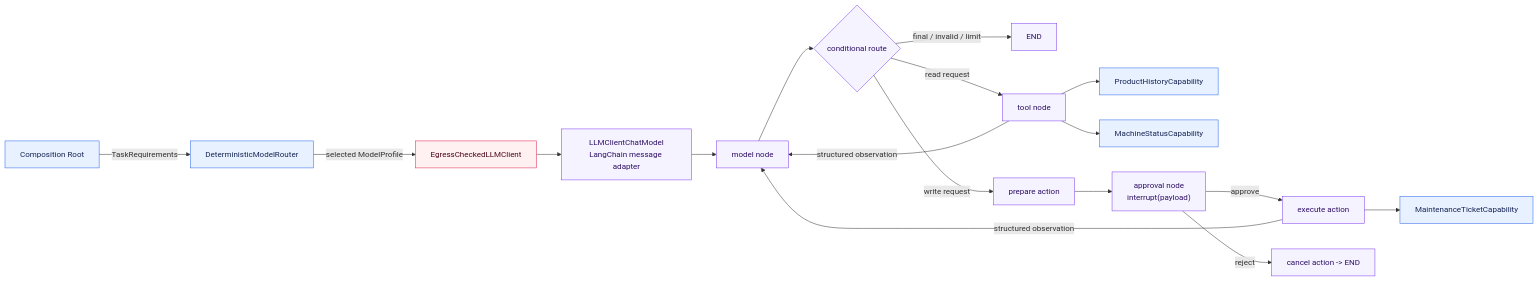
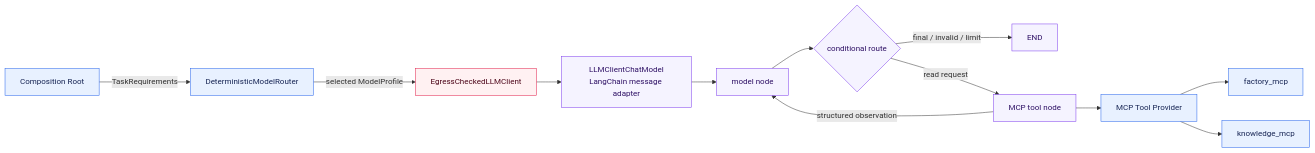
Before and after one commit to aboerzel/industrial-ai-agent: the fifth of 11 diagrams in docs/architecture/overview.md, drawn with Mermaid. The commit also changed other lines of this file and 30 other files, not shown here.

````diff
--- a/docs/architecture/overview.md
+++ b/docs/architecture/overview.md
@@ -306,26 +302,21 @@
 ```mermaid
 flowchart LR
     CR["Composition Root"] -->|"TaskRequirements"| Router["DeterministicModelRouter"]
     Router -->|"selected ModelProfile"| Security["EgressCheckedLLMClient"]
     Security --> Adapter["LLMClientChatModel<br/>LangChain message adapter"]
     Adapter --> Model["model node"]
     Model --> Route{"conditional route"}
     Route -->|"final / invalid / limit"| End["END"]
-    Route -->|"read request"| Tool["tool node"]
-    Route -->|"write request"| Prepare["prepare action"]
+    Route -->|"read request"| Tool["MCP tool node"]
     Tool -->|"structured observation"| Model
-    Tool --> Product["ProductHistoryCapability"]
-    Tool --> Machine["MachineStatusCapability"]
-    Prepare --> Approval["approval node<br/>interrupt(payload)"]
-    Approval -->|"approve"| Execute["execute action"]
-    Approval -->|"reject"| Cancel["cancel action -> END"]
-    Execute -->|"structured observation"| Model
-    Execute --> Ticket["MaintenanceTicketCapability"]
+    Tool --> Provider["MCP Tool Provider"]
+    Provider --> Factory["factory_mcp"]
+    Provider --> Knowledge["knowledge_mcp"]
 
     classDef core fill:#e8f1ff,stroke:#2563eb,color:#172554
     classDef framework fill:#f5f3ff,stroke:#7c3aed,color:#2e1065
     classDef security fill:#fff1f2,stroke:#e11d48,color:#4c0519
-    class CR,Router,Product,Machine,Ticket core
-    class Adapter,Model,Route,Tool,Prepare,Approval,Execute,Cancel,End framework
+    class CR,Router,Provider,Factory,Knowledge core
+    class Adapter,Model,Route,Tool,End framework
     class Security security
 ```
````
